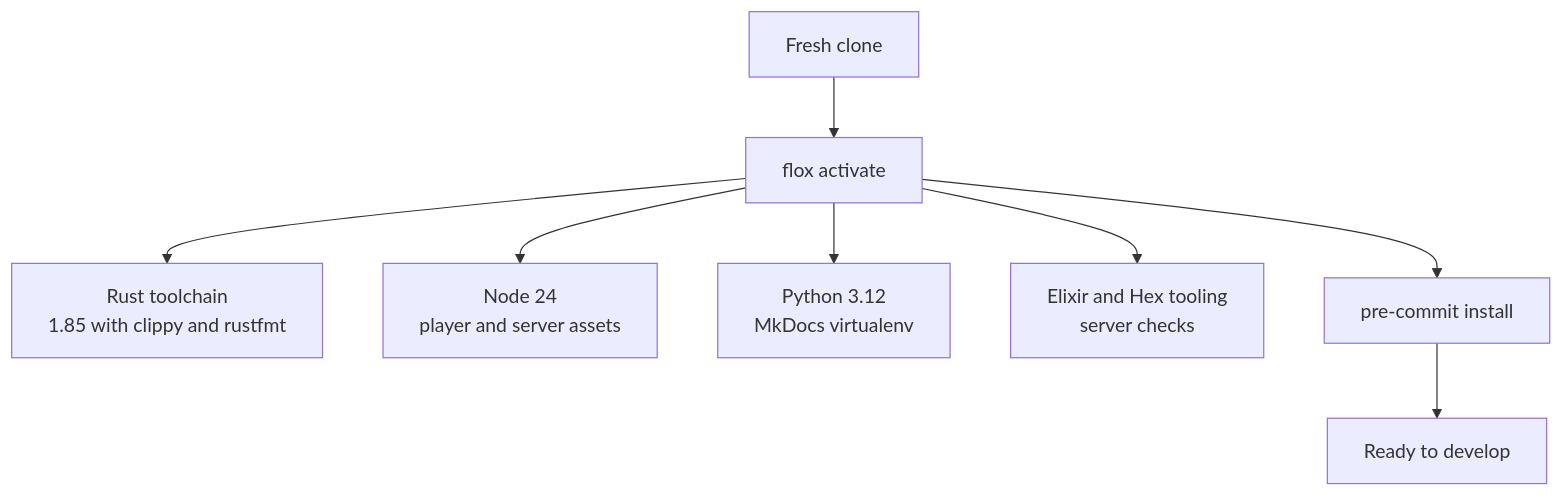
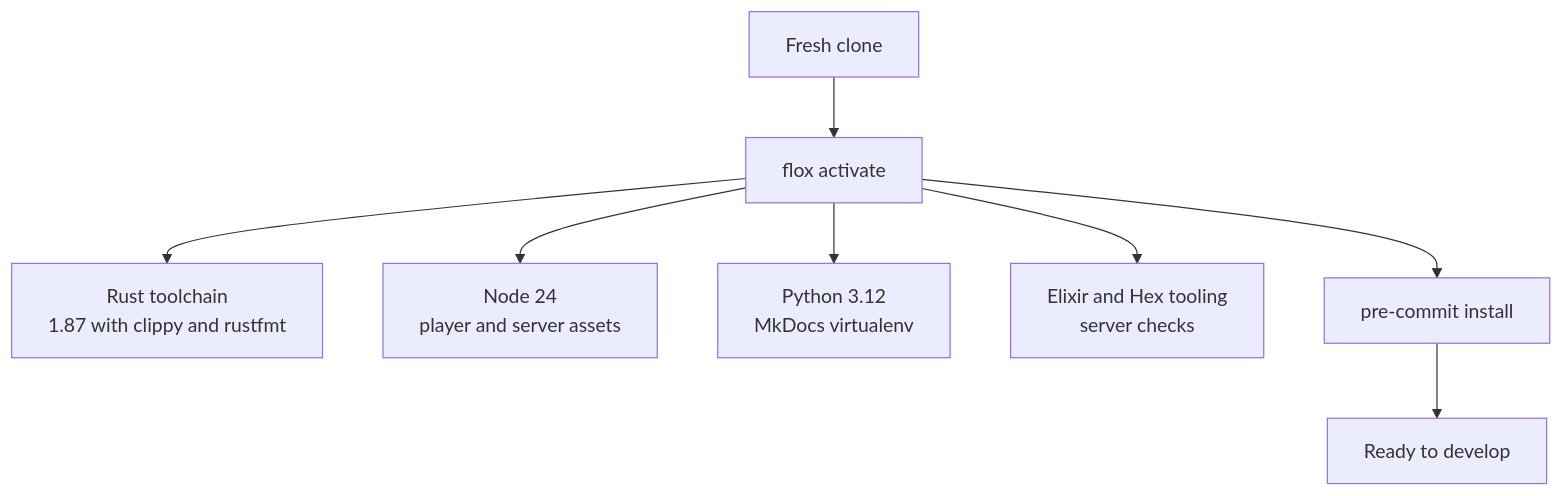
The first of 4 diagrams in docs/development.md (smeltery/popcorn), drawn with Mermaid before and after one commit. The commit also changed other lines of this file and 8 other files, not shown here.

````diff
--- a/docs/development.md
+++ b/docs/development.md
@@ -21,19 +21,19 @@
 ```mermaid
 flowchart TD
   Clone["Fresh clone"]
   Flox["flox activate"]
-  Rust["Rust toolchain\n1.85 with clippy and rustfmt"]
+  Rust["Rust toolchain\n1.87 with clippy and rustfmt"]
   Node["Node 24\nplayer and server assets"]
   Python["Python 3.12\nMkDocs virtualenv"]
   Elixir["Elixir and Hex tooling\nserver checks"]
   Hooks["pre-commit install"]
   Ready["Ready to develop"]
 
   Clone --> Flox
   Flox --> Rust
   Flox --> Node
   Flox --> Python
   Flox --> Elixir
   Flox --> Hooks
   Hooks --> Ready
 ```
````
